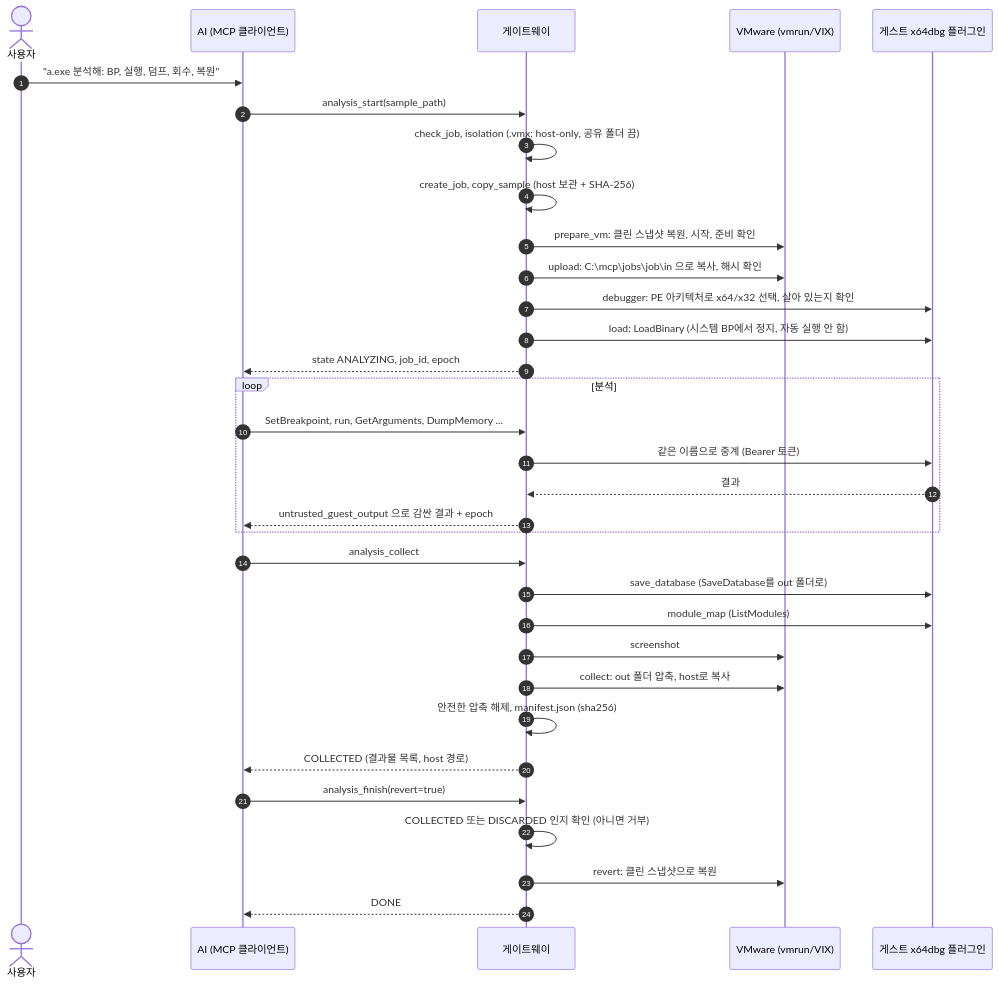
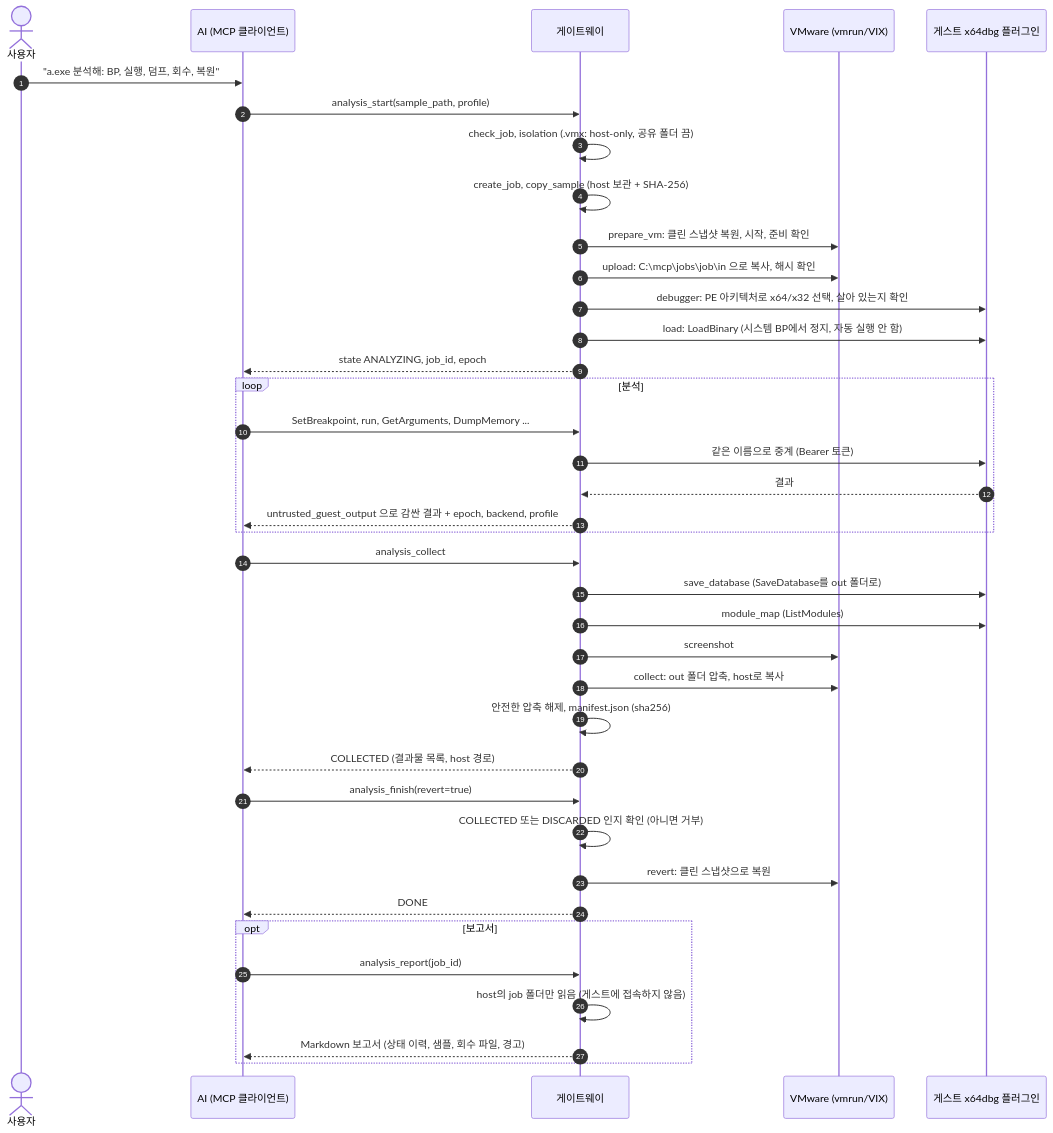
The second of 8 diagrams in README.md (saweol/x64dbg-mcp-server), drawn with Mermaid before and after one commit. The commit also changed other lines of this file, not shown here.

First line of the commit message:
docs(readme): 5-minute start, VM checklist, first analysis, troubleshooting

````diff
--- a/README.md
+++ b/README.md
@@ -364,39 +736,45 @@
 ```mermaid
 sequenceDiagram
     autonumber
     actor U as 사용자
     participant AI as AI (MCP 클라이언트)
     participant GW as 게이트웨이
     participant VM as VMware (vmrun/VIX)
     participant DBG as 게스트 x64dbg 플러그인
 
     U->>AI: "a.exe 분석해: BP, 실행, 덤프, 회수, 복원"
-    AI->>GW: analysis_start(sample_path)
+    AI->>GW: analysis_start(sample_path, profile)
     GW->>GW: check_job, isolation (.vmx: host-only, 공유 폴더 끔)
     GW->>GW: create_job, copy_sample (host 보관 + SHA-256)
     GW->>VM: prepare_vm: 클린 스냅샷 복원, 시작, 준비 확인
     GW->>VM: upload: C:\mcp\jobs\job\in 으로 복사, 해시 확인
     GW->>DBG: debugger: PE 아키텍처로 x64/x32 선택, 살아 있는지 확인
     GW->>DBG: load: LoadBinary (시스템 BP에서 정지, 자동 실행 안 함)
     GW-->>AI: state ANALYZING, job_id, epoch
 
     loop 분석
         AI->>GW: SetBreakpoint, run, GetArguments, DumpMemory ...
         GW->>DBG: 같은 이름으로 중계 (Bearer 토큰)
         DBG-->>GW: 결과
-        GW-->>AI: untrusted_guest_output 으로 감싼 결과 + epoch
+        GW-->>AI: untrusted_guest_output 으로 감싼 결과 + epoch, backend, profile
     end
 
     AI->>GW: analysis_collect
     GW->>DBG: save_database (SaveDatabase를 out 폴더로)
     GW->>DBG: module_map (ListModules)
     GW->>VM: screenshot
     GW->>VM: collect: out 폴더 압축, host로 복사
     GW->>GW: 안전한 압축 해제, manifest.json (sha256)
     GW-->>AI: COLLECTED (결과물 목록, host 경로)
 
     AI->>GW: analysis_finish(revert=true)
     GW->>GW: COLLECTED 또는 DISCARDED 인지 확인 (아니면 거부)
     GW->>VM: revert: 클린 스냅샷으로 복원
     GW-->>AI: DONE
+
+    opt 보고서
+        AI->>GW: analysis_report(job_id)
+        GW->>GW: host의 job 폴더만 읽음 (게스트에 접속하지 않음)
+        GW-->>AI: Markdown 보고서 (상태 이력, 샘플, 회수 파일, 경고)
+    end
 ```
````
